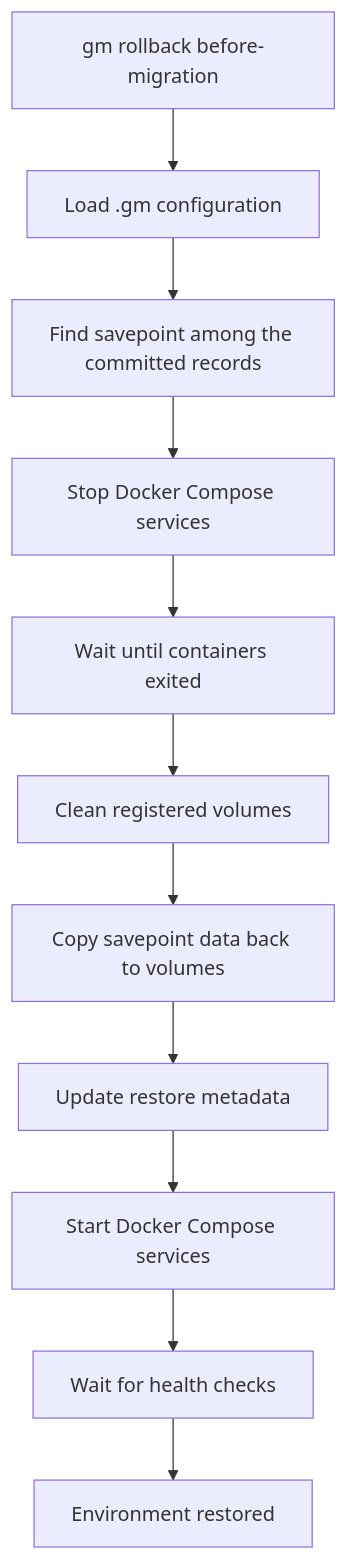
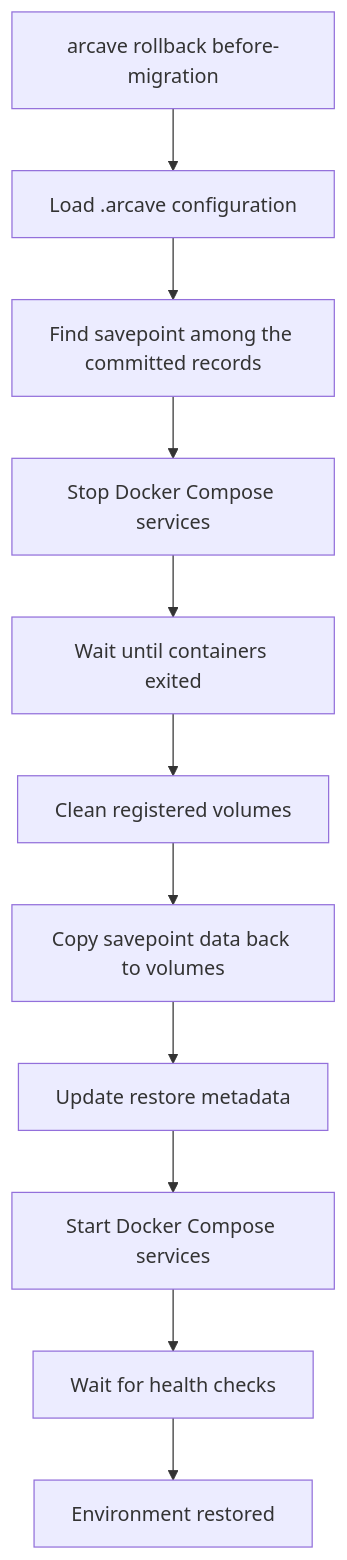
The second of 2 diagrams in doc/spec.md (GreenmaskIO/arcave), drawn with Mermaid before and after one commit. The commit also changed other lines of this file and 109 other files, not shown here.

````diff
--- a/doc/spec.md
+++ b/doc/spec.md
@@ -104,14 +104,14 @@
 ```mermaid
 flowchart TD
-    A["gm rollback before-migration"]
-    A --> B["Load .gm configuration"]
+    A["arcave rollback before-migration"]
+    A --> B["Load .arcave configuration"]
     B --> C["Find savepoint among the committed records"]
     C --> D["Stop Docker Compose services"]
     D --> E["Wait until containers exited"]
     E --> F["Clean registered volumes"]
     F --> G["Copy savepoint data back to volumes"]
     G --> H["Update restore metadata"]
     H --> I["Start Docker Compose services"]
     I --> J["Wait for health checks"]
     J --> K["Environment restored"]
 ```
````
